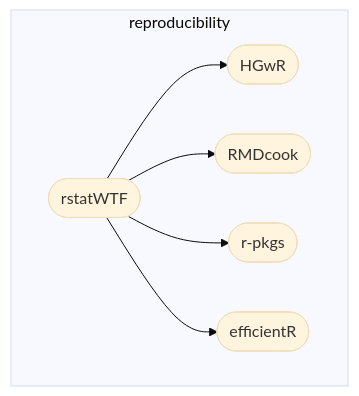
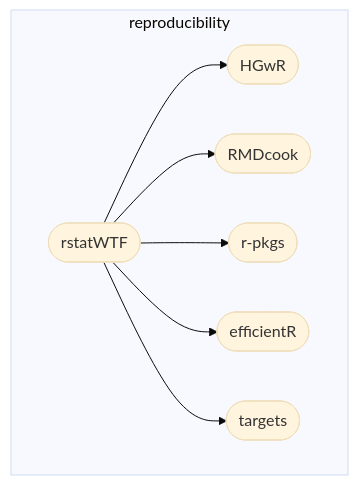
Before and after one commit to parmsam/r-learning-paths: the third of 5 diagrams in README.md, drawn with Mermaid (base theme). The commit also changed other lines of this file, not shown here.

````diff
--- a/README.md
+++ b/README.md
@@ -63,19 +67,22 @@
 ```mermaid
 graph TD
     D1([rstatWTF])
     D2([HGwR])
     D3([RMDcook])
     D4([r-pkgs])
     D5([efficientR])
+    D6([targets])
     click D1 "https://rstats.wtf/"
     click D2 "https://happygitwithr.com/"
     click D3 "https://bookdown.org/yihui/rmarkdown-cookbook/"
     click D4 "https://r-pkgs.org/"
     click D5 "https://csgillespie.github.io/efficientR/"
+    click D6 "https://books.ropensci.org/targets/"
     subgraph reproducibility
     D1 --> D2
     D1 --> D3
     D1 --> D4
     D1 --> D5
+    D1 --> D6
     end
 ```
````
